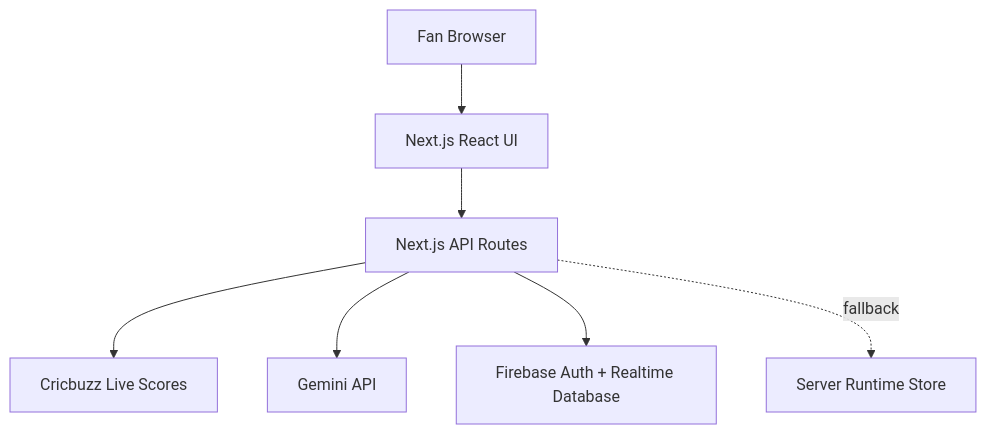
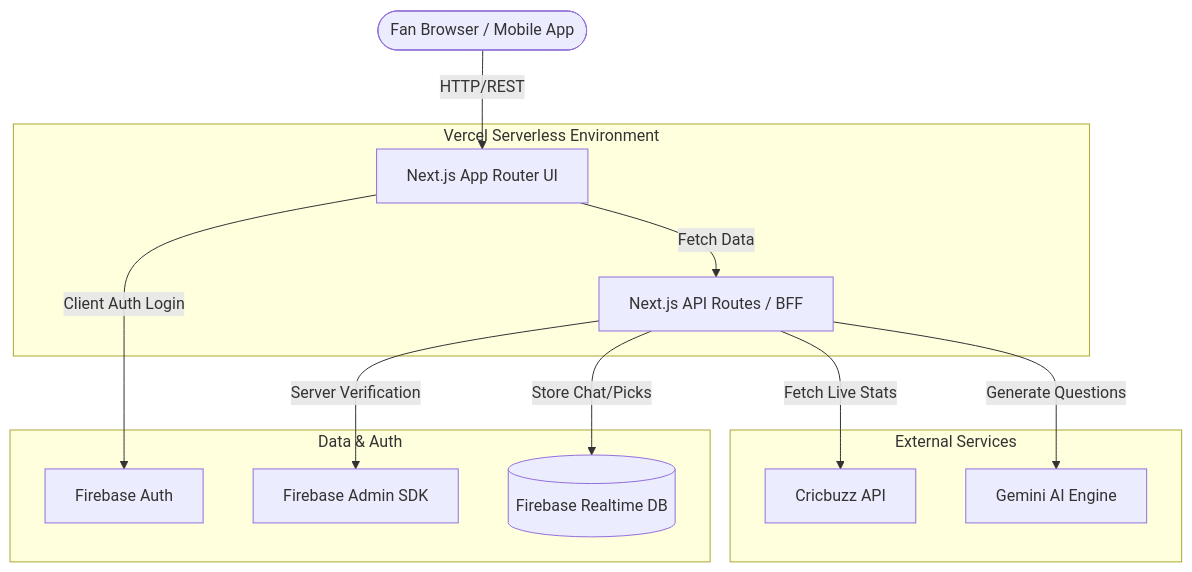
The first of 3 diagrams in ARCHITECTURE.md (rsrsp21/PulsePlay), drawn with Mermaid before and after one commit. The commit also changed other lines of this file, not shown here.

Commit message:
docs: deeply expand architecture documentation with Mermaid diagrams

````diff
--- a/ARCHITECTURE.md
+++ b/ARCHITECTURE.md
@@ -5,9 +9,19 @@
 ```mermaid
 graph TD
-    User[Fan Browser] --> UI[Next.js React UI]
-    UI --> API[Next.js API Routes]
-    API --> Cricbuzz[Cricbuzz Live Scores]
-    API --> Gemini[Gemini API]
-    API --> Firebase[Firebase Auth + Realtime Database]
-    API -. fallback .-> Memory[Server Runtime Store]
+    User([Fan Browser / Mobile App]) -->|HTTP/REST| UI[Next.js App Router UI]
+    
+    subgraph Vercel Serverless Environment
+        UI -->|Fetch Data| API[Next.js API Routes / BFF]
+    end
+    
+    subgraph External Services
+        API -->|Fetch Live Stats| Cricbuzz[Cricbuzz API]
+        API -->|Generate Questions| Gemini[Gemini AI Engine]
+    end
+    
+    subgraph Data & Auth
+        UI -->|Client Auth Login| FirebaseAuth[Firebase Auth]
+        API -->|Server Verification| FirebaseAdmin[Firebase Admin SDK]
+        API -->|Store Chat/Picks| FirebaseDB[(Firebase Realtime DB)]
+    end
 ```
````
